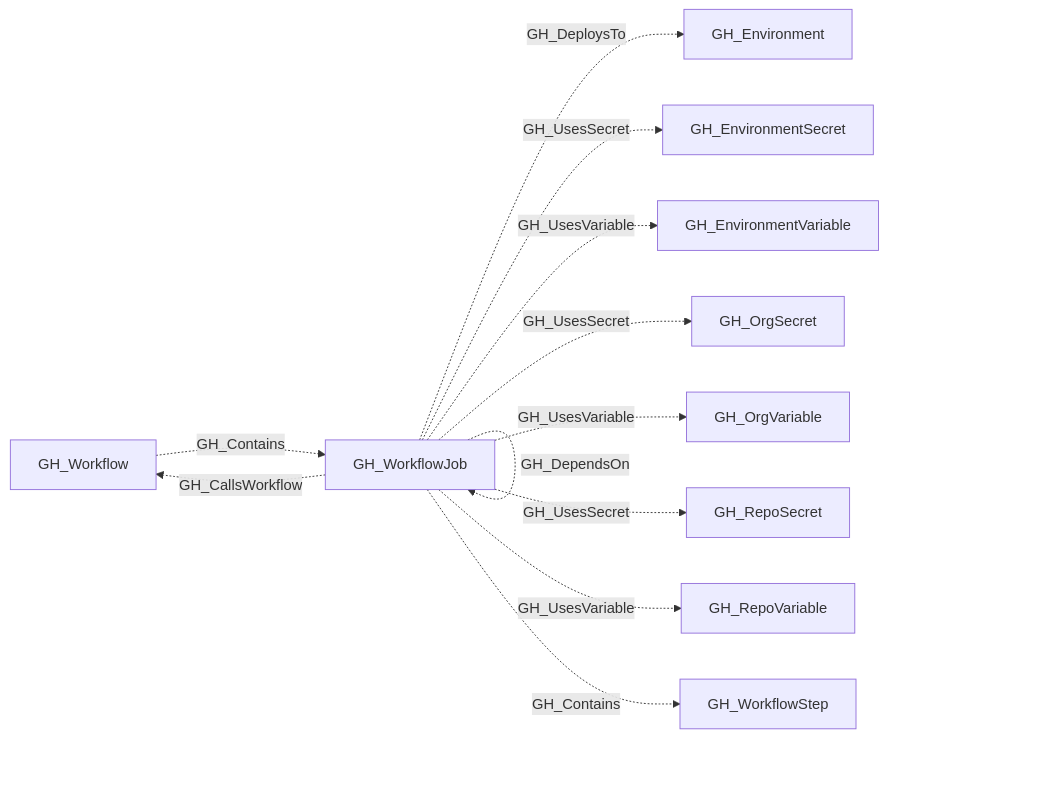
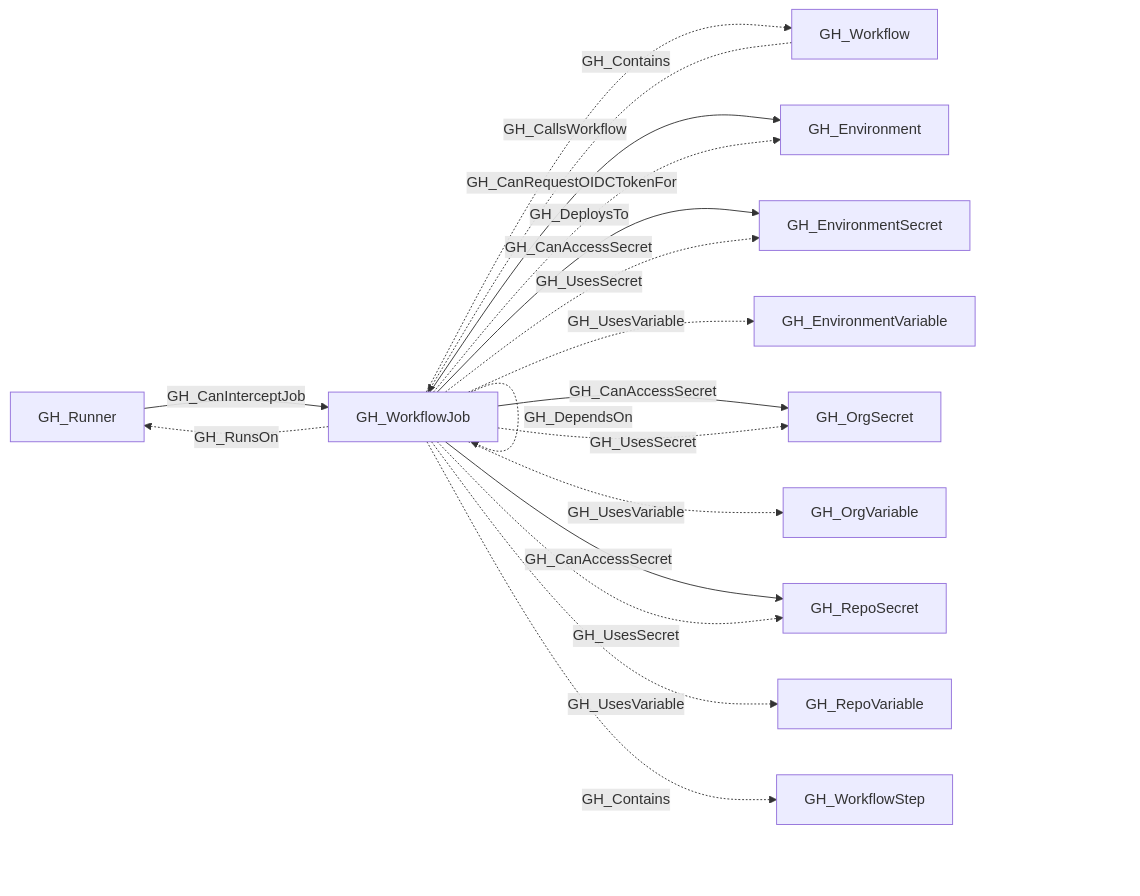
Before and after one commit to SpecterOps/bloodhound-docs: the first of 2 diagrams in docs/opengraph/extensions/github/nodes/gh_workflowjob.mdx, drawn with Mermaid. The commit also changed other lines of this file and 33 other files, not shown here.

````diff
--- a/docs/opengraph/extensions/github/nodes/gh_workflowjob.mdx
+++ b/docs/opengraph/extensions/github/nodes/gh_workflowjob.mdx
@@ -39,24 +54,31 @@
 ```mermaid
 graph LR
-    n0["GH_Workflow"]
+    n0["GH_Runner"]
     n1["GH_WorkflowJob"]
-    n2["GH_Environment"]
-    n3["GH_EnvironmentSecret"]
-    n4["GH_EnvironmentVariable"]
-    n5["GH_OrgSecret"]
-    n6["GH_OrgVariable"]
-    n7["GH_RepoSecret"]
-    n8["GH_RepoVariable"]
-    n9["GH_WorkflowStep"]
-    n0 -.->|GH_Contains| n1
-    n1 -.->|GH_DeploysTo| n2
-    n1 -.->|GH_UsesSecret| n3
-    n1 -.->|GH_UsesVariable| n4
-    n1 -.->|GH_UsesSecret| n5
-    n1 -.->|GH_UsesVariable| n6
-    n1 -.->|GH_UsesSecret| n7
-    n1 -.->|GH_UsesVariable| n8
-    n1 -.->|GH_CallsWorkflow| n0
+    n2["GH_Workflow"]
+    n3["GH_Environment"]
+    n4["GH_EnvironmentSecret"]
+    n5["GH_EnvironmentVariable"]
+    n6["GH_OrgSecret"]
+    n7["GH_OrgVariable"]
+    n8["GH_RepoSecret"]
+    n9["GH_RepoVariable"]
+    n10["GH_WorkflowStep"]
+    n0 -->|GH_CanInterceptJob| n1
+    n2 -.->|GH_Contains| n1
+    n1 -->|GH_CanRequestOIDCTokenFor| n3
+    n1 -.->|GH_DeploysTo| n3
+    n1 -->|GH_CanAccessSecret| n4
+    n1 -.->|GH_UsesSecret| n4
+    n1 -.->|GH_UsesVariable| n5
+    n1 -->|GH_CanAccessSecret| n6
+    n1 -.->|GH_UsesSecret| n6
+    n1 -.->|GH_UsesVariable| n7
+    n1 -->|GH_CanAccessSecret| n8
+    n1 -.->|GH_UsesSecret| n8
+    n1 -.->|GH_UsesVariable| n9
+    n1 -.->|GH_RunsOn| n0
+    n1 -.->|GH_CallsWorkflow| n2
     n1 -.->|GH_DependsOn| n1
-    n1 -.->|GH_Contains| n9
+    n1 -.->|GH_Contains| n10
 ```
````
